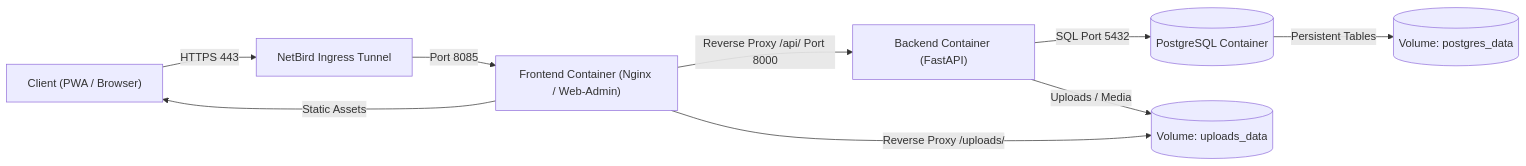
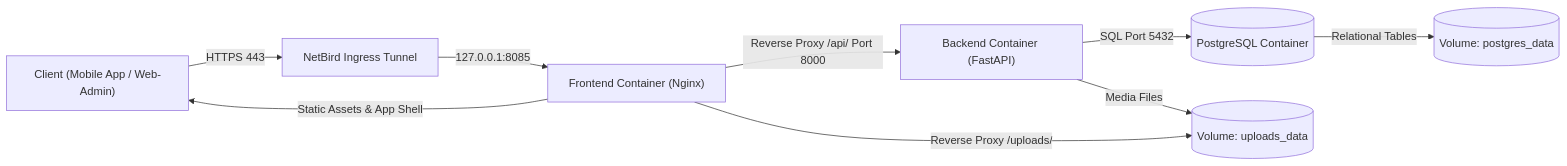
Before and after one commit to Pascal-Thommen/pascal-thommen.github.io: the first of 2 diagrams in content/posts/upa-campus-app-architecture-part-1/index.en.md, drawn with Mermaid. The commit also changed other lines of this file and 20 other files, not shown here.

Commit message:
feat(posts): refine UPA Campus App architecture series with holistic webapp mental model and specification depth

````diff
--- a/content/posts/upa-campus-app-architecture-part-1/index.en.md
+++ b/content/posts/upa-campus-app-architecture-part-1/index.en.md
@@ -28,11 +28,11 @@
 ```mermaid
 flowchart LR
-    Client["Client (PWA / Browser)"] -->|HTTPS 443| NetBird["NetBird Ingress Tunnel"]
-    NetBird -->|Port 8085| Nginx["Frontend Container (Nginx / Web-Admin)"]
-    Nginx -->|Static Assets| Client
+    Client["Client (Mobile App / Web-Admin)"] -->|HTTPS 443| NetBird["NetBird Ingress Tunnel"]
+    NetBird -->|127.0.0.1:8085| Nginx["Frontend Container (Nginx)"]
+    Nginx -->|Static Assets & App Shell| Client
     Nginx -->|Reverse Proxy /api/ Port 8000| Backend["Backend Container (FastAPI)"]
     Backend -->|SQL Port 5432| DB[("PostgreSQL Container")]
-    DB -->|Persistent Tables| VolDB[("Volume: postgres_data")]
-    Backend -->|Uploads / Media| VolMedia[("Volume: uploads_data")]
+    DB -->|Relational Tables| VolDB[("Volume: postgres_data")]
+    Backend -->|Media Files| VolMedia[("Volume: uploads_data")]
     Nginx -->|Reverse Proxy /uploads/| VolMedia
 ```
````
